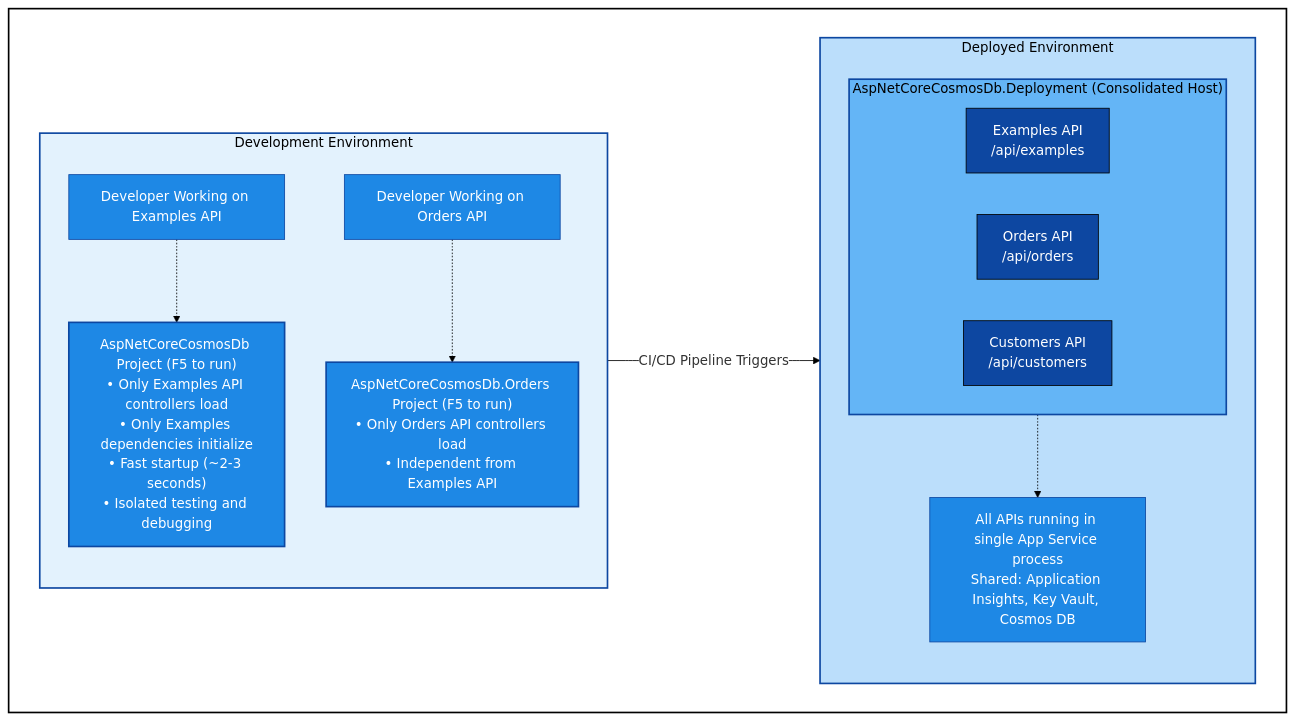
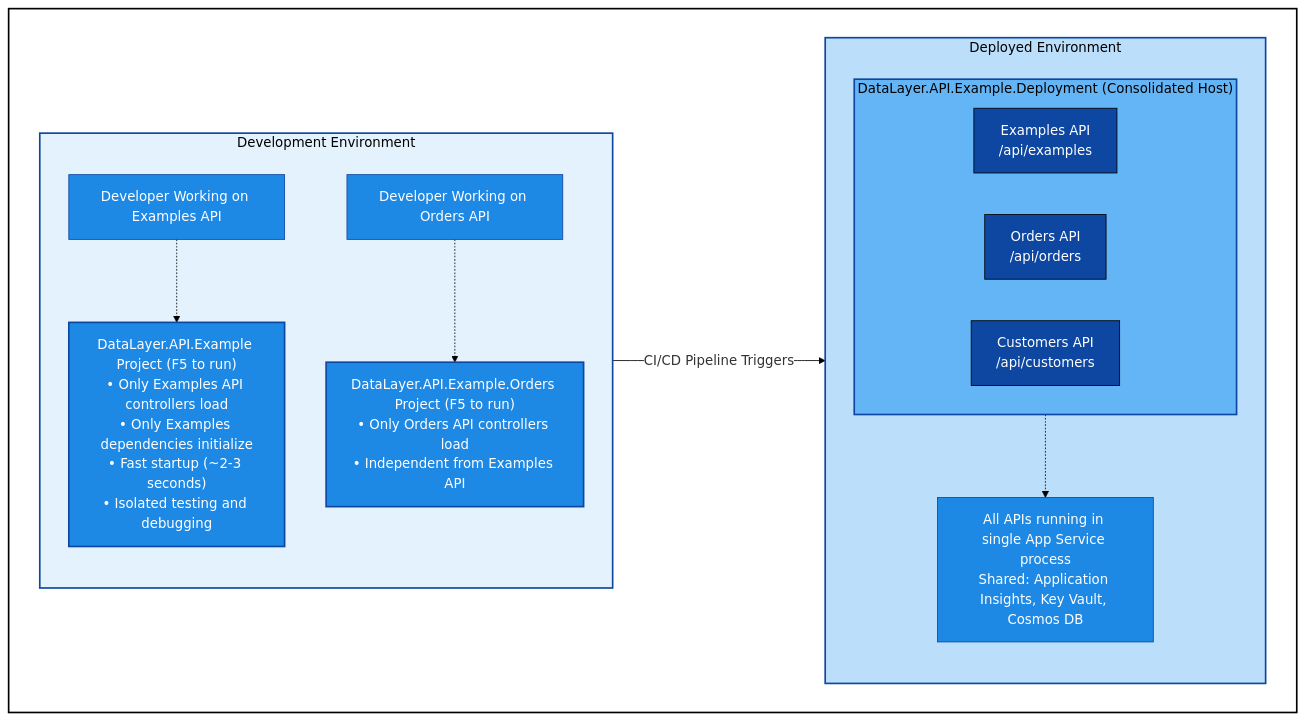
One commit to gtpdev-net/asp-net-core-cosmos-db changed the first of 2 diagrams in docs/consolidated-deployment-architecture.md. Above: the diagram before and after it, drawn with Mermaid. The commit also changed other lines of this file and 12 other files, not shown here.

````diff
--- a/docs/consolidated-deployment-architecture.md
+++ b/docs/consolidated-deployment-architecture.md
@@ -50,45 +50,45 @@
 ```mermaid
 %%{init: {'theme':'base', 'themeVariables': { 'primaryColor':'#fff','primaryBorderColor':'#000','lineColor':'#000'}}}%%
 flowchart TB
     subgraph Wrapper[" "]
         subgraph DevEnv["Development Environment"]
             direction TB
             Dev1["Developer Working on Examples API"]
-            ExamplesProj["AspNetCoreCosmosDb Project (F5 to run)<br/>• Only Examples API controllers load<br/>• Only Examples dependencies initialize<br/>• Fast startup (~2-3 seconds)<br/>• Isolated testing and debugging"]
+            ExamplesProj["DataLayer.API.Example Project (F5 to run)<br/>• Only Examples API controllers load<br/>• Only Examples dependencies initialize<br/>• Fast startup (~2-3 seconds)<br/>• Isolated testing and debugging"]
             
             Dev2["Developer Working on Orders API"]
-            OrdersProj["AspNetCoreCosmosDb.Orders Project (F5 to run)<br/>• Only Orders API controllers load<br/>• Independent from Examples API"]
+            OrdersProj["DataLayer.API.Example.Orders Project (F5 to run)<br/>• Only Orders API controllers load<br/>• Independent from Examples API"]
             
             Dev1 -.-> ExamplesProj
             Dev2 -.-> OrdersProj
         end
         
         DevEnv -->|CI/CD Pipeline Triggers| DeployEnv
         
         subgraph DeployEnv["Deployed Environment"]
             direction TB
-            subgraph ConsolidatedHost["AspNetCoreCosmosDb.Deployment (Consolidated Host)"]
+            subgraph ConsolidatedHost["DataLayer.API.Example.Deployment (Consolidated Host)"]
                 direction LR
                 ExamplesAPI["Examples API<br/>/api/examples"]
                 OrdersAPI["Orders API<br/>/api/orders"]
                 CustomersAPI["Customers API<br/>/api/customers"]
             end
             
             HostNote["All APIs running in single App Service process<br/>Shared: Application Insights, Key Vault, Cosmos DB"]
             ConsolidatedHost -.-> HostNote
         end
     end
     
     style Wrapper fill:#fff,stroke:#000,stroke-width:2px
     style DevEnv fill:#E3F2FD,stroke:#0D47A1,stroke-width:2px
     style DeployEnv fill:#BBDEFB,stroke:#0D47A1,stroke-width:2px
     style ConsolidatedHost fill:#64B5F6,stroke:#0D47A1,stroke-width:2px,color:#000
     style ExamplesProj fill:#1E88E5,stroke:#0D47A1,stroke-width:2px,color:#fff
     style OrdersProj fill:#1E88E5,stroke:#0D47A1,stroke-width:2px,color:#fff
     style ExamplesAPI fill:#0D47A1,stroke:#000,stroke-width:1px,color:#fff
     style OrdersAPI fill:#0D47A1,stroke:#000,stroke-width:1px,color:#fff
     style CustomersAPI fill:#0D47A1,stroke:#000,stroke-width:1px,color:#fff
     style HostNote fill:#1E88E5,stroke:#0D47A1,stroke-width:1px,color:#fff
     style Dev1 fill:#1E88E5,stroke:#0D47A1,stroke-width:1px,color:#fff
     style Dev2 fill:#1E88E5,stroke:#0D47A1,stroke-width:1px,color:#fff
 ```
````
